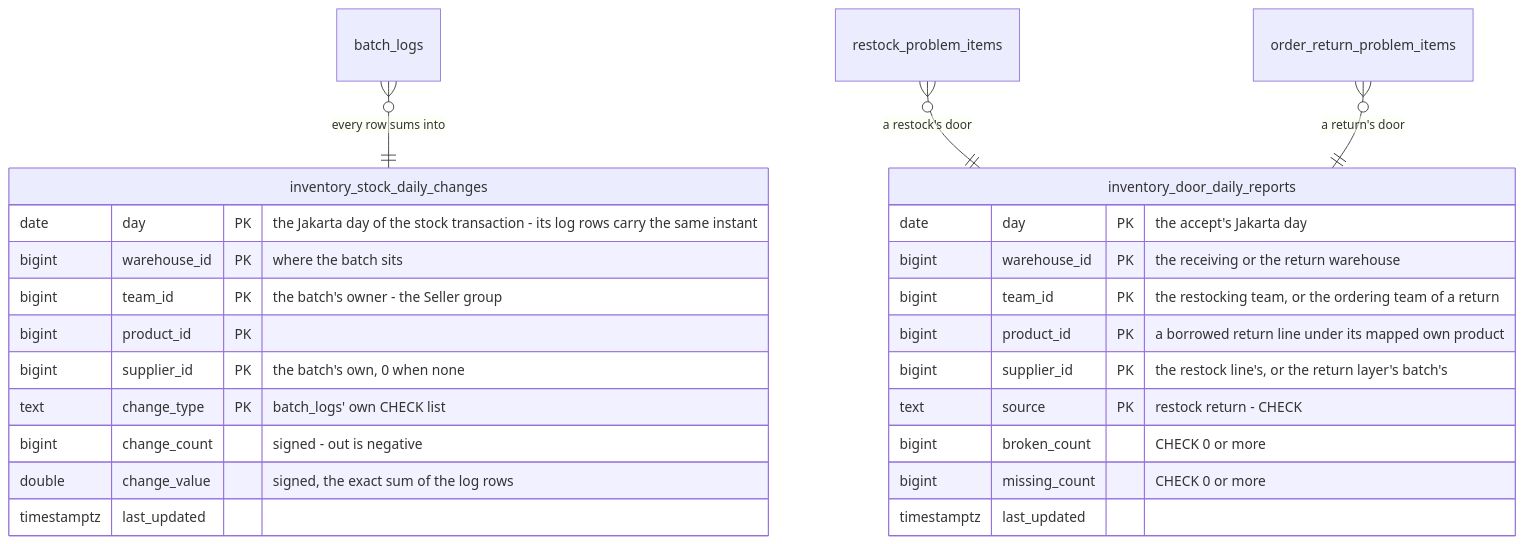
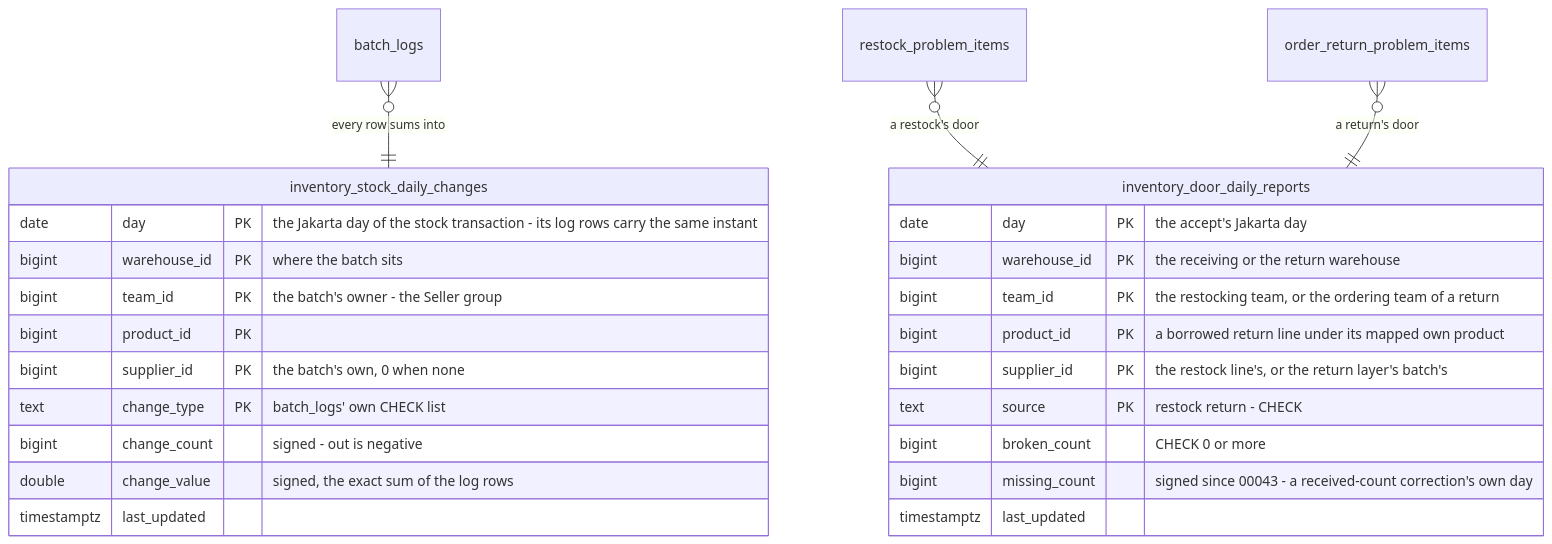
Before and after one commit to pdcgo/warehouse_revamp: diagram 15 of 25 in docs/database-schema.md, drawn with Mermaid. The commit also changed other lines of this file and 96 other files, not shown here.

````diff
--- a/docs/database-schema.md
+++ b/docs/database-schema.md
@@ -1744,28 +1799,28 @@
 ```mermaid
 erDiagram
     inventory_stock_daily_changes {
         date        day          PK "the Jakarta day of the stock transaction - its log rows carry the same instant"
         bigint      warehouse_id PK "where the batch sits"
         bigint      team_id      PK "the batch's owner - the Seller group"
         bigint      product_id   PK
         bigint      supplier_id  PK "the batch's own, 0 when none"
         text        change_type  PK "batch_logs' own CHECK list"
         bigint      change_count "signed - out is negative"
         double      change_value "signed, the exact sum of the log rows"
         timestamptz last_updated
     }
     inventory_door_daily_reports {
         date        day           PK "the accept's Jakarta day"
         bigint      warehouse_id  PK "the receiving or the return warehouse"
         bigint      team_id       PK "the restocking team, or the ordering team of a return"
         bigint      product_id    PK "a borrowed return line under its mapped own product"
         bigint      supplier_id   PK "the restock line's, or the return layer's batch's"
         text        source        PK "restock return - CHECK"
         bigint      broken_count  "CHECK 0 or more"
-        bigint      missing_count "CHECK 0 or more"
+        bigint      missing_count "signed since 00043 - a received-count correction's own day"
         timestamptz last_updated
     }
     batch_logs }o--|| inventory_stock_daily_changes : "every row sums into"
     restock_problem_items }o--|| inventory_door_daily_reports : "a restock's door"
     order_return_problem_items }o--|| inventory_door_daily_reports : "a return's door"
 ```
````
